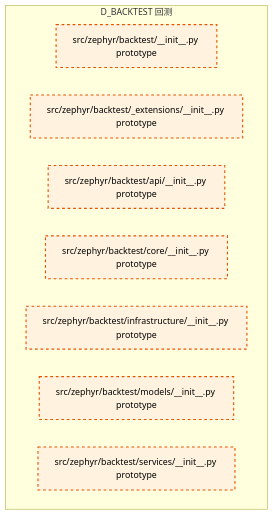
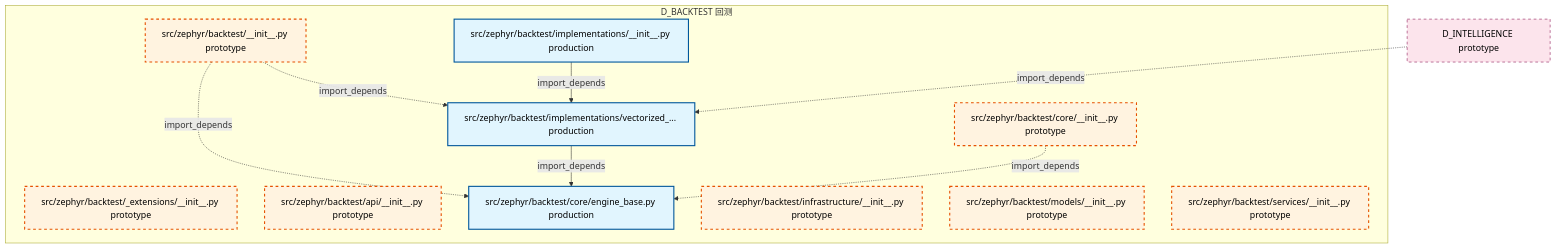
The diagram in docs/02_enterprise_architecture/02_domain_architecture_docs/24_d_backtest.md (xuanFelixVan/ZephyrAlpha), drawn with Mermaid before and after one commit. The commit also changed other lines of this file and 106 other files, not shown here.

````diff
--- a/docs/02_enterprise_architecture/02_domain_architecture_docs/24_d_backtest.md
+++ b/docs/02_enterprise_architecture/02_domain_architecture_docs/24_d_backtest.md
@@ -47,17 +47,29 @@
 ```mermaid
 graph TD
     subgraph D_BACKTEST["D_BACKTEST 回测"]
         src_zephyr_backtest_init_py["src/zephyr/backtest/__init__.py prototype"]
         src_zephyr_backtest_extensions_init_py["src/zephyr/backtest/_extensions/__init__.py prototype"]
         src_zephyr_backtest_api_init_py["src/zephyr/backtest/api/__init__.py prototype"]
         src_zephyr_backtest_core_init_py["src/zephyr/backtest/core/__init__.py prototype"]
+        src_zephyr_backtest_core_engine_base_py["src/zephyr/backtest/core/engine_base.py production"]
+        src_zephyr_backtest_implementations_init_py["src/zephyr/backtest/implementations/__init__.py production"]
+        src_zephyr_backtest_implementations_vectorized_engine_py["src/zephyr/backtest/implementations/vectorized_... production"]
         src_zephyr_backtest_infrastructure_init_py["src/zephyr/backtest/infrastructure/__init__.py prototype"]
         src_zephyr_backtest_models_init_py["src/zephyr/backtest/models/__init__.py prototype"]
         src_zephyr_backtest_services_init_py["src/zephyr/backtest/services/__init__.py prototype"]
     end
+    src_zephyr_backtest_init_py -.->|import_depends| src_zephyr_backtest_core_engine_base_py
+    src_zephyr_backtest_init_py -.->|import_depends| src_zephyr_backtest_implementations_vectorized_engine_py
+    src_zephyr_backtest_implementations_vectorized_engine_py -->|import_depends| src_zephyr_backtest_core_engine_base_py
+    src_zephyr_backtest_core_init_py -.->|import_depends| src_zephyr_backtest_core_engine_base_py
+    src_zephyr_backtest_implementations_init_py -->|import_depends| src_zephyr_backtest_implementations_vectorized_engine_py
+    D_INTELLIGENCE["D_INTELLIGENCE prototype"]
+    D_INTELLIGENCE -.->|import_depends| src_zephyr_backtest_implementations_vectorized_engine_py
     classDef production fill:#e1f5fe,stroke:#01579b,stroke-width:2px,color:#000
     classDef design fill:#fff3e0,stroke:#e65100,stroke-width:2px,color:#000,stroke-dasharray: 5 5
     classDef external_prod fill:#e8f5e9,stroke:#1b5e20,stroke-width:1px,color:#000
     classDef external_design fill:#fce4ec,stroke:#880e4f,stroke-width:1px,color:#000,stroke-dasharray: 5 5
+    class src_zephyr_backtest_core_engine_base_py,src_zephyr_backtest_implementations_init_py,src_zephyr_backtest_implementations_vectorized_engine_py production
     class src_zephyr_backtest_init_py,src_zephyr_backtest_extensions_init_py,src_zephyr_backtest_api_init_py,src_zephyr_backtest_core_init_py,src_zephyr_backtest_infrastructure_init_py,src_zephyr_backtest_models_init_py,src_zephyr_backtest_services_init_py design
+    class D_INTELLIGENCE external_design
 ```
````
